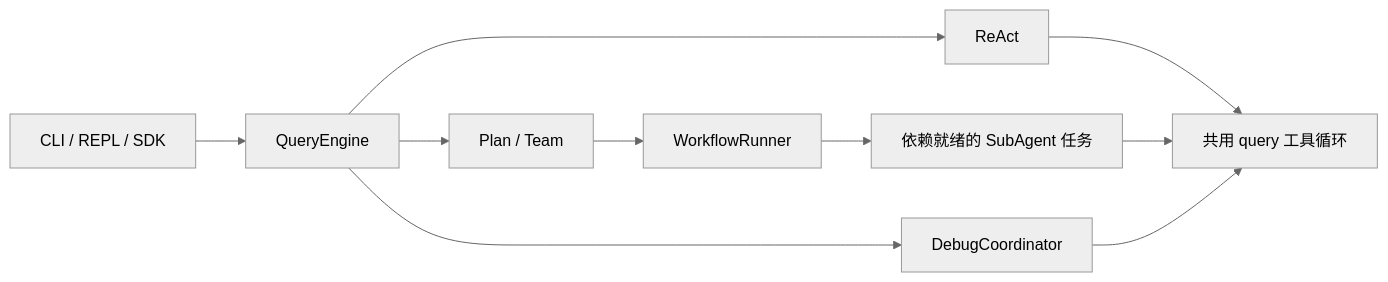
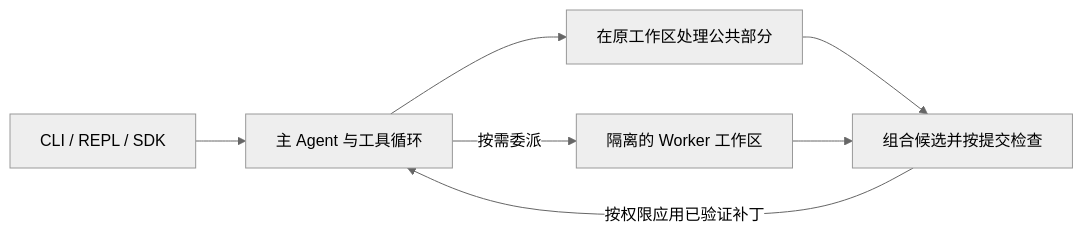
Before and after one commit to dbfbd/paicli-python: the first of 2 diagrams in README.md, drawn with Mermaid (neutral theme). The commit also changed other lines of this file and 26 other files, not shown here.

````diff
--- a/README.md
+++ b/README.md
@@ -82,12 +82,9 @@
 ```mermaid
 flowchart LR
-    Request[CLI / REPL / SDK] --> Engine[QueryEngine]
-    Engine --> React[ReAct]
-    Engine --> Planning[Plan / Team]
-    Planning --> Runner[WorkflowRunner]
-    Runner --> Tasks[依赖就绪的 SubAgent 任务]
-    Engine --> Debug[DebugCoordinator]
-    React --> Loop[共用 query 工具循环]
-    Tasks --> Loop
-    Debug --> Loop
+    Request[CLI / REPL / SDK] --> Lead[主 Agent 与工具循环]
+    Lead --> Work[在原工作区处理公共部分]
+    Lead -->|按需委派| Workers[隔离的 Worker 工作区]
+    Work --> Check[组合候选并按提交检查]
+    Workers --> Check
+    Check -->|按权限应用已验证补丁| Lead
 ```
````
